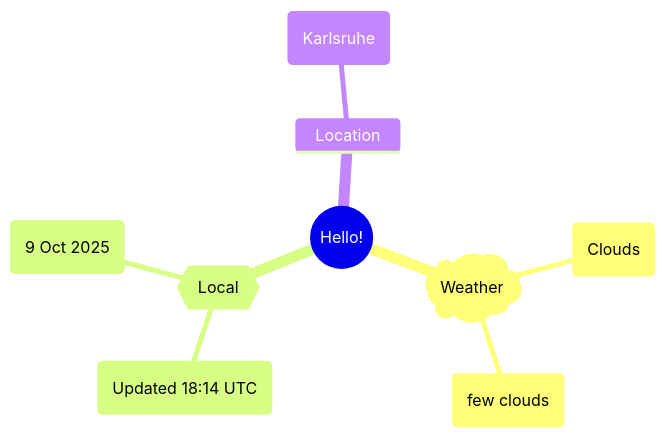
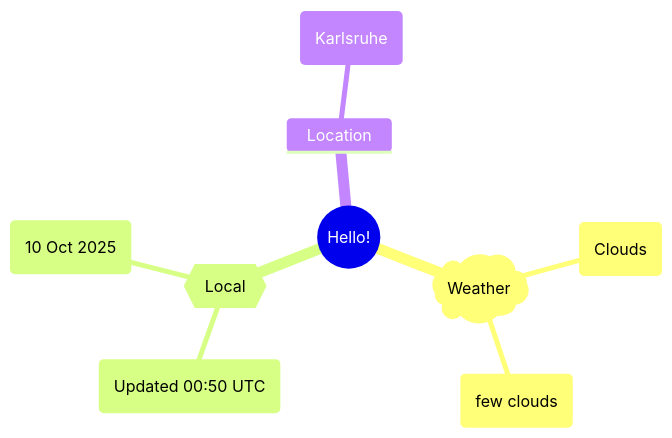
The first of 2 diagrams in README.md (Xosrov/Xosrov), drawn with Mermaid before and after one commit.

Commit message:
[bot] updated images

````diff
--- a/README.md
+++ b/README.md
@@ -3,12 +3,12 @@
 ```mermaid
 mindmap
   root((Hello!))
     )Weather(
         (Clouds)
         (few clouds)
     {{Local}}
-        (Updated 18:14 UTC)
-        (9 Oct 2025)
+        (Updated 00:50 UTC)
+        (10 Oct 2025)
     Location
         (Karlsruhe)
 ```
````
